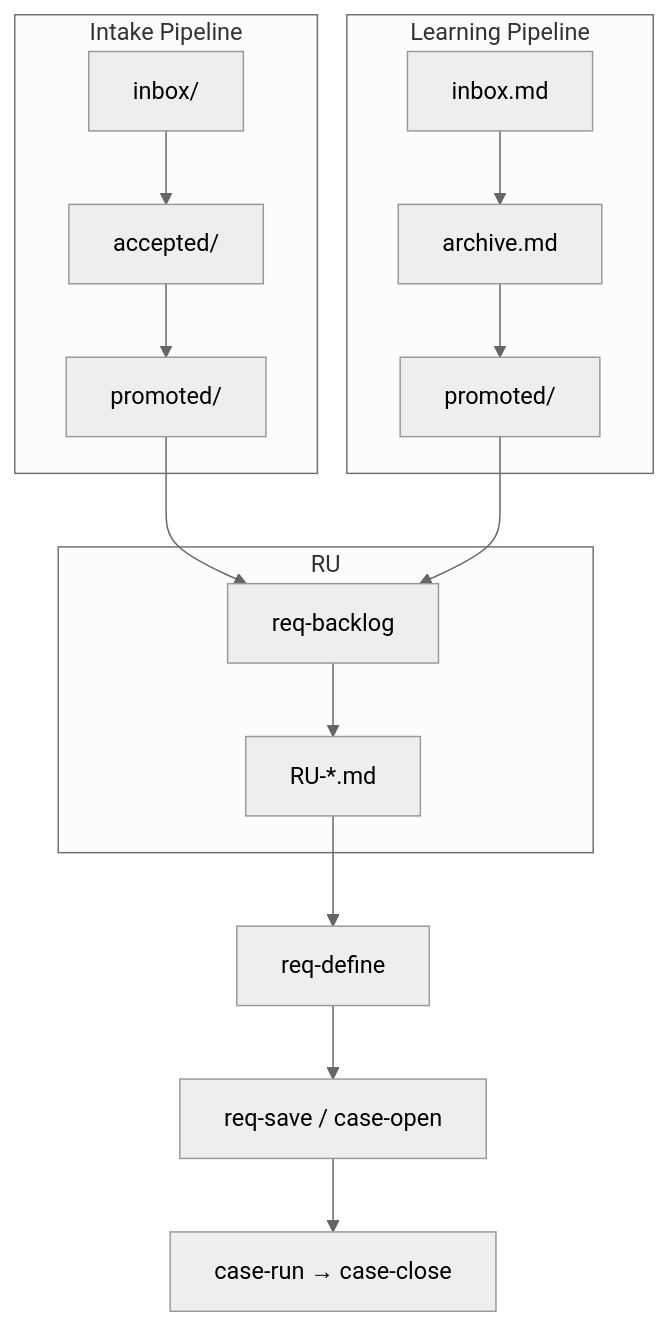
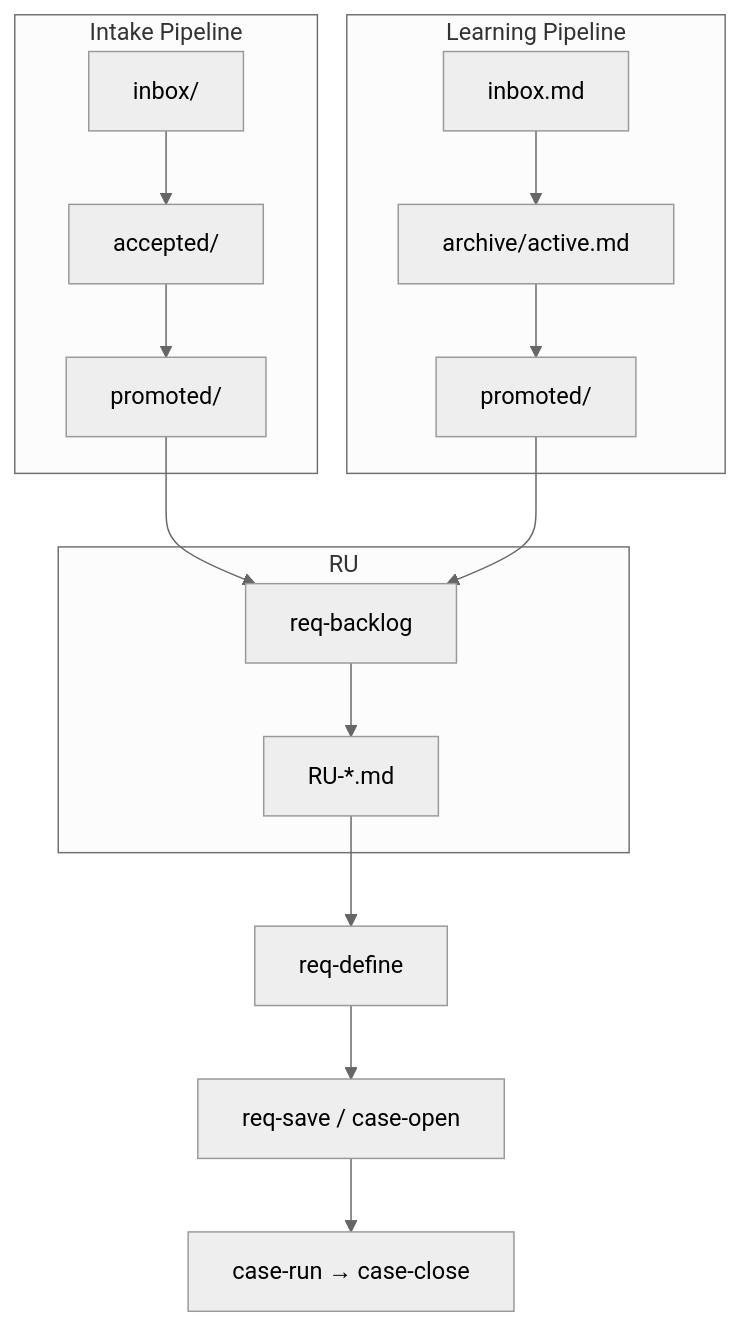
The first of 6 diagrams in docs/guides/domain-state-lifecycle.md (yogata/agent-dev-flow), drawn with Mermaid (neutral theme) before and after one commit. The commit also changed other lines of this file and 14 other files, not shown here.

````diff
--- a/docs/guides/domain-state-lifecycle.md
+++ b/docs/guides/domain-state-lifecycle.md
@@ -9,19 +9,19 @@
 ```mermaid
 flowchart TD
     subgraph intake["Intake Pipeline"]
         IC["inbox/"] --> IR["accepted/"]
         IR --> IP["promoted/"]
     end
     subgraph learning["Learning Pipeline"]
-        LC["inbox.md"] --> LR["archive.md"]
+        LC["inbox.md"] --> LR["archive/active.md"]
         LR --> LP["promoted/"]
     end
     IP --> RB
     LP --> RB
     subgraph ru["RU"]
         RB["req-backlog"] --> RU["RU-*.md"]
     end
     RU --> RD["req-define"]
     RD --> RS["req-save / case-open"]
     RS --> CR["case-run → case-close"]
 ```
````
